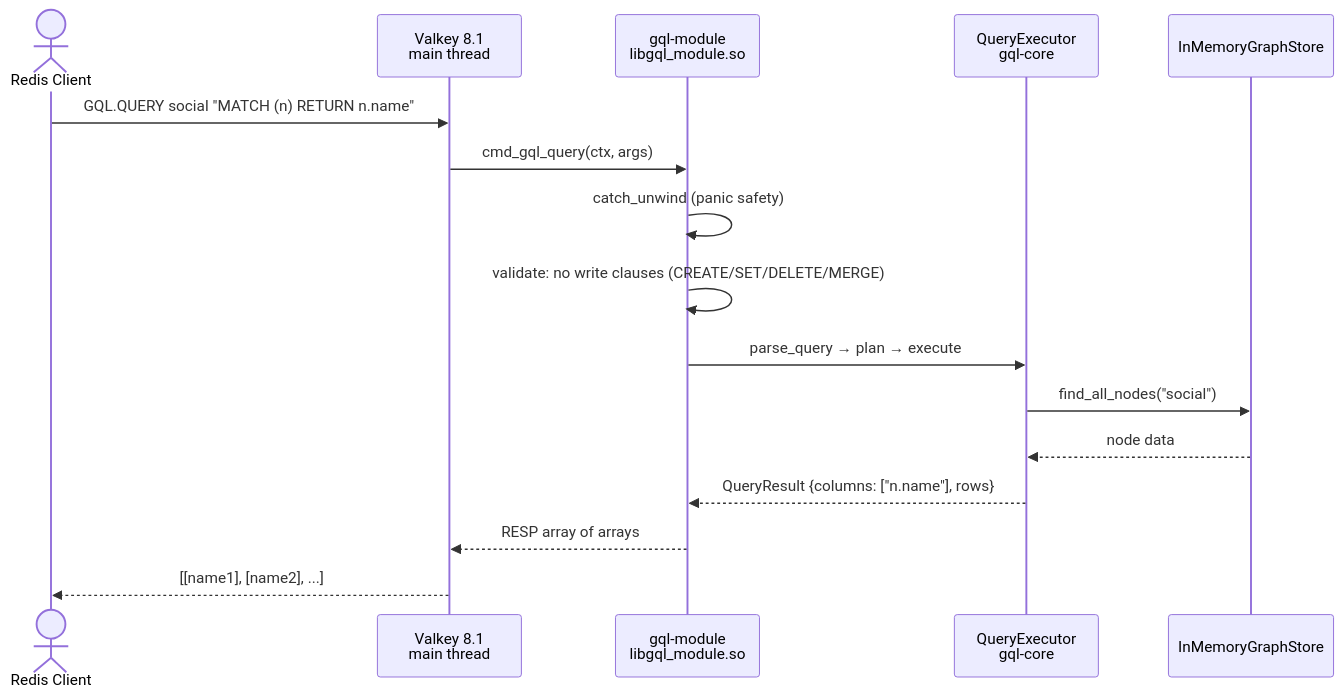
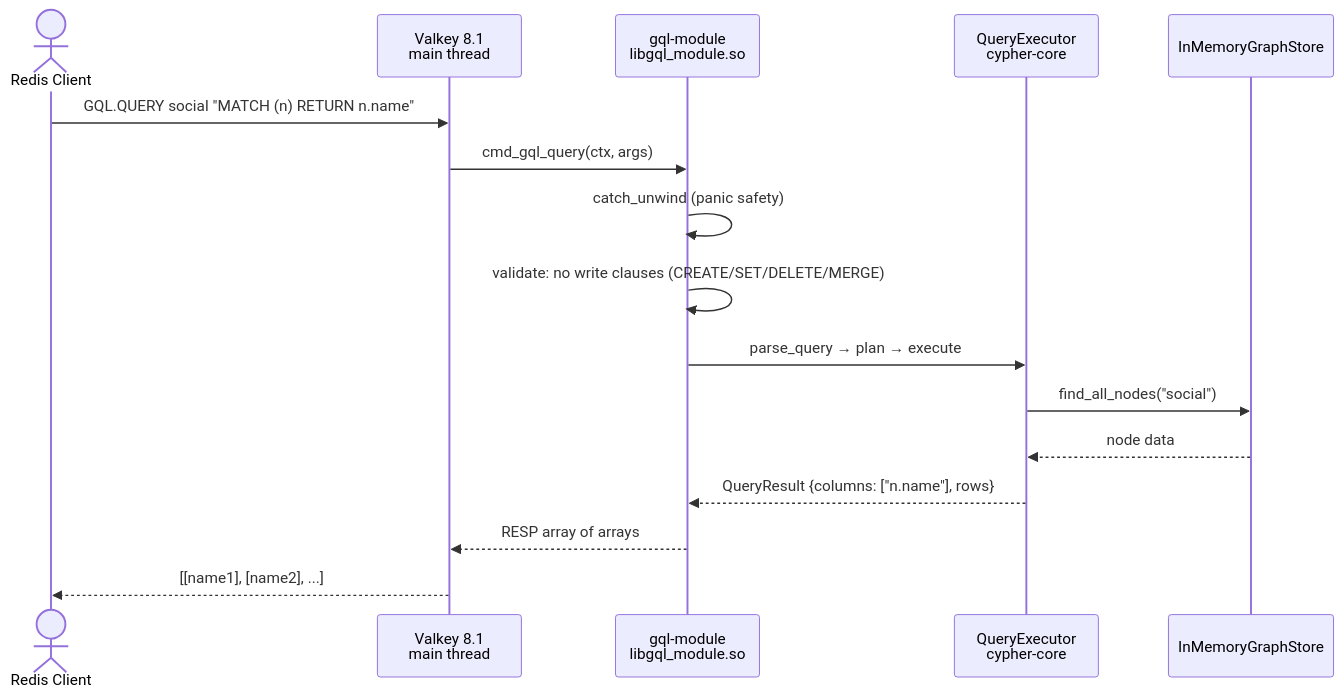
The third of 5 diagrams in docs/atlas/user-journeys/README.md (rysweet/SedanDelivery), drawn with Mermaid before and after one commit. The commit also changed other lines of this file and 488 other files, not shown here.

First line of the commit message:
feat(cypher-core): architecture cleanup + PersistentGraphStore (#1093)

````diff
--- a/docs/atlas/user-journeys/README.md
+++ b/docs/atlas/user-journeys/README.md
@@ -113,19 +113,19 @@
 ```mermaid
 sequenceDiagram
     actor Client as Redis Client
     participant Redis as Valkey 8.1<br/>main thread
     participant Module as gql-module<br/>libgql_module.so
-    participant QE as QueryExecutor<br/>gql-core
+    participant QE as QueryExecutor<br/>cypher-core
     participant Store as InMemoryGraphStore
 
     Client->>Redis: GQL.QUERY social "MATCH (n) RETURN n.name"
     Redis->>Module: cmd_gql_query(ctx, args)
     Module->>Module: catch_unwind (panic safety)
     Module->>Module: validate: no write clauses (CREATE/SET/DELETE/MERGE)
     Module->>QE: parse_query → plan → execute
     QE->>Store: find_all_nodes("social")
     Store-->>QE: node data
     QE-->>Module: QueryResult {columns: ["n.name"], rows}
     Module-->>Redis: RESP array of arrays
     Redis-->>Client: [[name1], [name2], ...]
 ```
````
